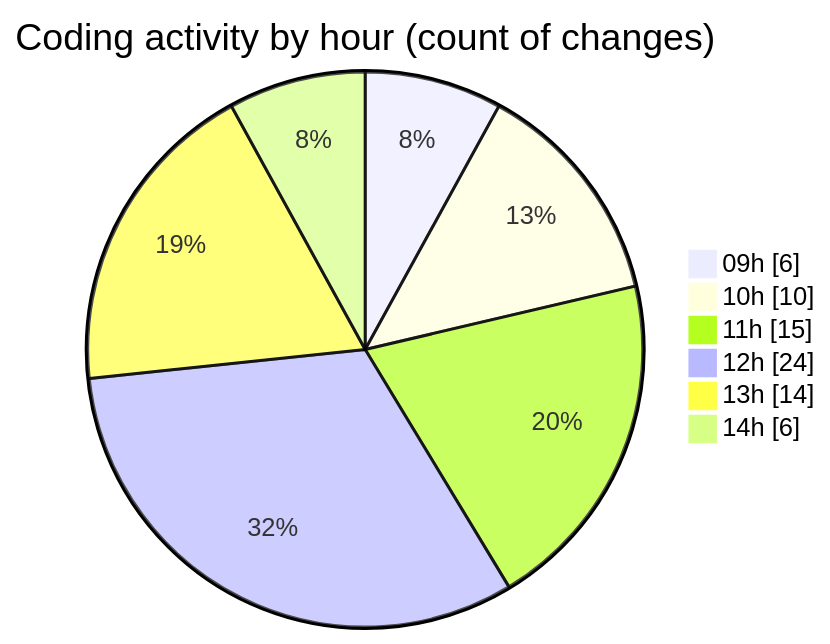
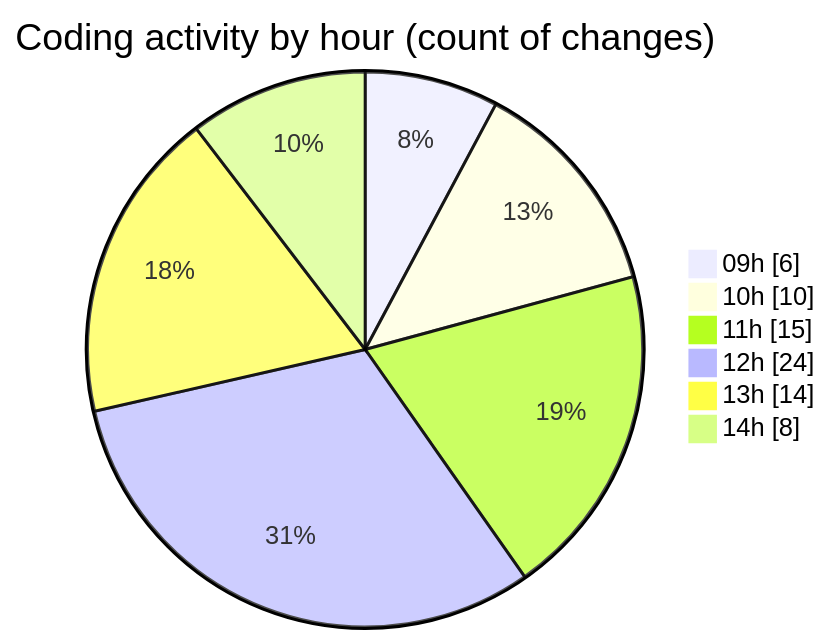
Before and after one commit to momahboobian/code-tracking: the second of 2 diagrams in 2025-06-04/cda/README.md, drawn with Mermaid. The commit also changed other lines of this file and 1 other file, not shown here.

````diff
--- a/2025-06-04/cda/README.md
+++ b/2025-06-04/cda/README.md
@@ -35,10 +37,10 @@
 ```mermaid
 pie showData
 title Coding activity by hour (count of changes)
 "09h" : 6
 "10h" : 10
 "11h" : 15
 "12h" : 24
 "13h" : 14
-"14h" : 6
+"14h" : 8
 ```
````
